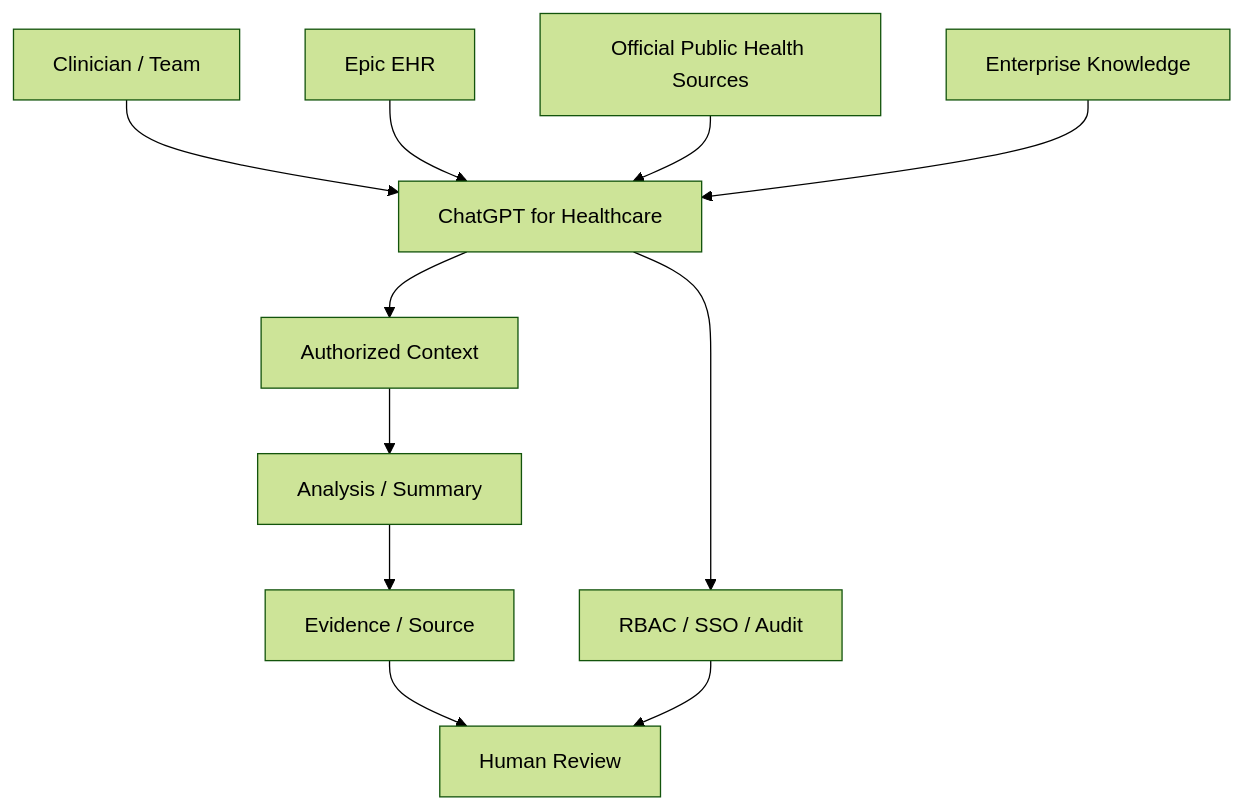
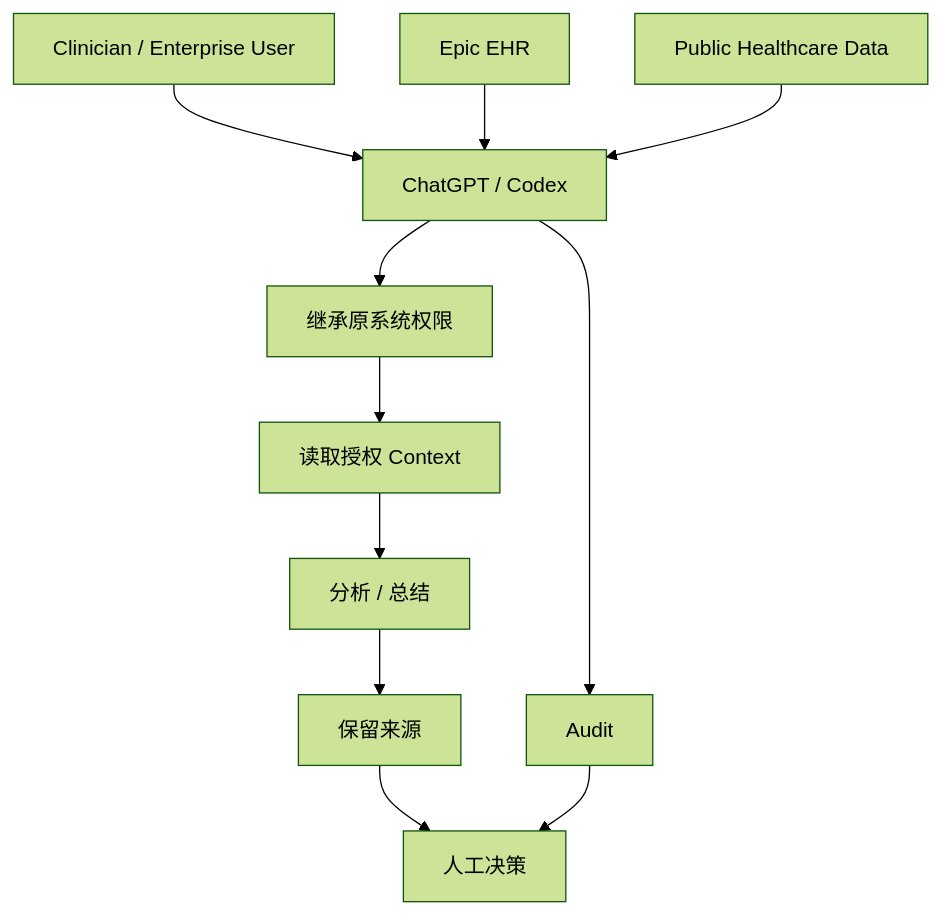
Before and after one commit to wlf186/ai-daily-headlines: diagram 11 of 24 in 260902.md, drawn with Mermaid (forest theme). The commit also changed other lines of this file, not shown here.

````diff
--- a/260902.md
+++ b/260902.md
@@ -612,13 +662,13 @@
 ```mermaid
 flowchart TD
-    HC1[Clinician / Team] --> HC2[ChatGPT for Healthcare]
-    HC3[Epic EHR] --> HC2
-    HC4[Official Public Health Sources] --> HC2
-    HC5[Enterprise Knowledge] --> HC2
-    HC2 --> HC6[Authorized Context]
-    HC6 --> HC7[Analysis / Summary]
-    HC7 --> HC8[Evidence / Source]
-    HC2 --> HC9[RBAC / SSO / Audit]
-    HC8 --> HC10[Human Review]
-    HC9 --> HC10
+    E1[Clinician / Enterprise User] --> E2[ChatGPT / Codex]
+    E3[Epic EHR] --> E2
+    E4[Public Healthcare Data] --> E2
+    E2 --> E5[继承原系统权限]
+    E5 --> E6[读取授权 Context]
+    E6 --> E7[分析 / 总结]
+    E7 --> E8[保留来源]
+    E2 --> E9[Audit]
+    E8 --> E10[人工决策]
+    E9 --> E10
 ```
````
